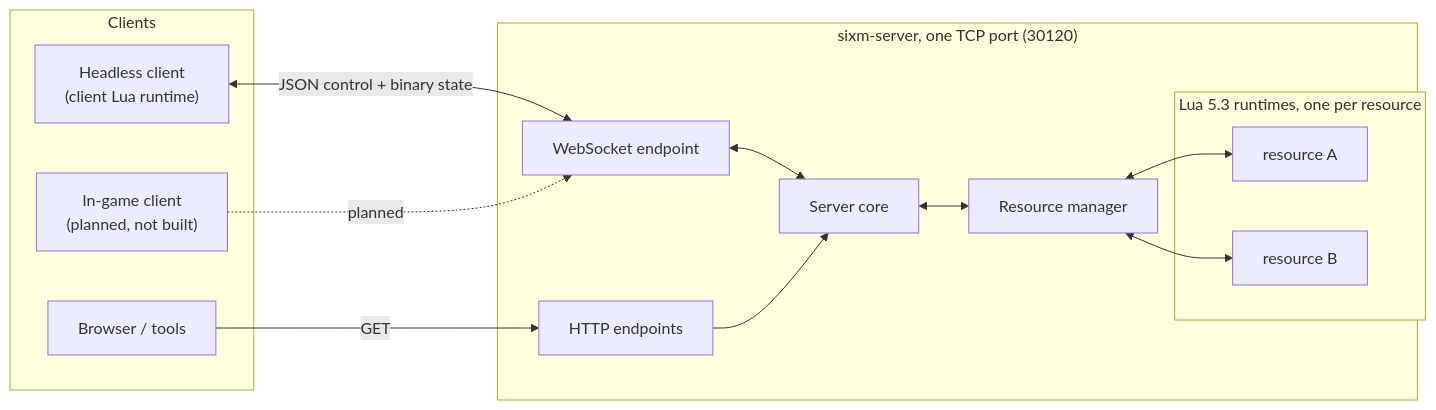
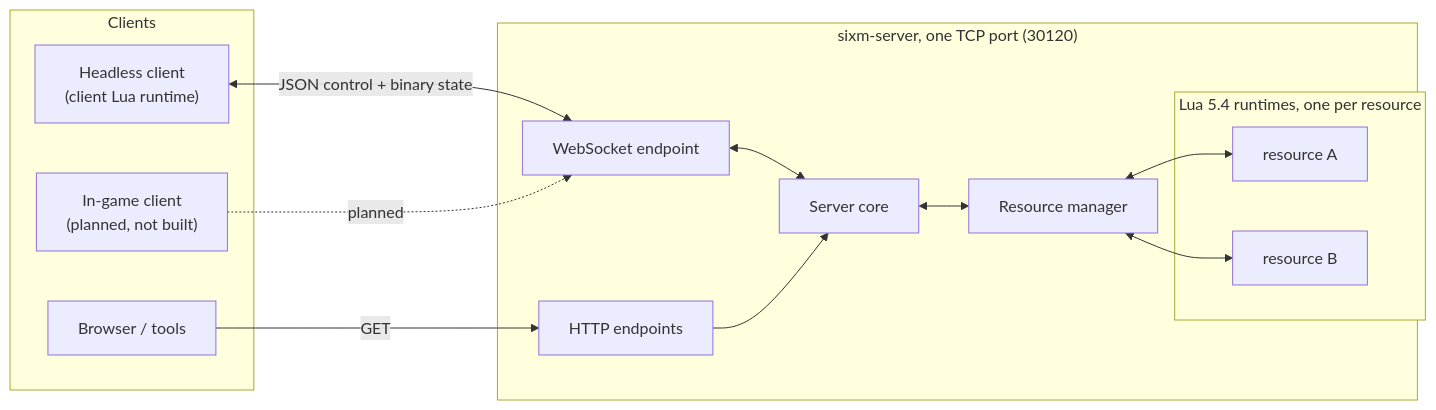
One commit to CodingRule/SixM changed the diagram in docs/architecture.md. Above: the diagram before and after it, drawn with Mermaid. The commit also changed other lines of this file and 63 other files, not shown here.

````diff
--- a/docs/architecture.md
+++ b/docs/architecture.md
@@ -5,28 +5,28 @@
 ```mermaid
 flowchart LR
   subgraph Clients
     HC["Headless client<br/>(client Lua runtime)"]
     GC["In-game client<br/>(planned, not built)"]
     WEB["Browser / tools"]
   end
 
   subgraph Server["sixm-server, one TCP port (30120)"]
     WS["WebSocket endpoint"]
     HTTP["HTTP endpoints"]
     CORE["Server core"]
     RM["Resource manager"]
-    subgraph Runtimes["Lua 5.3 runtimes, one per resource"]
+    subgraph Runtimes["Lua 5.4 runtimes, one per resource"]
       L1["resource A"]
       L2["resource B"]
     end
   end
 
   HC <-->|"JSON control + binary state"| WS
   GC -.->|planned| WS
   WEB -->|GET| HTTP
   WS <--> CORE
   HTTP --> CORE
   CORE <--> RM
   RM <--> L1
   RM <--> L2
 ```
````
